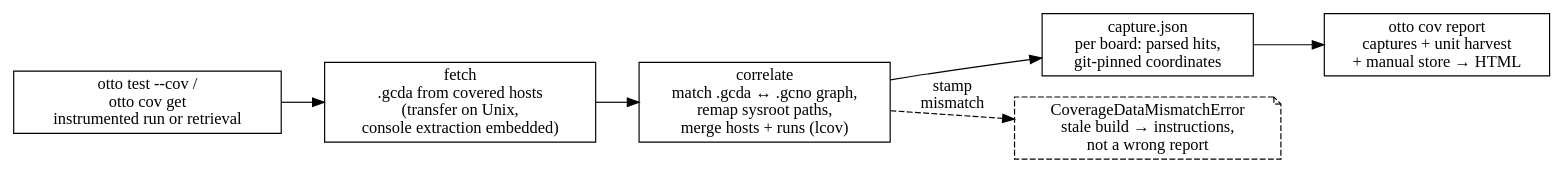
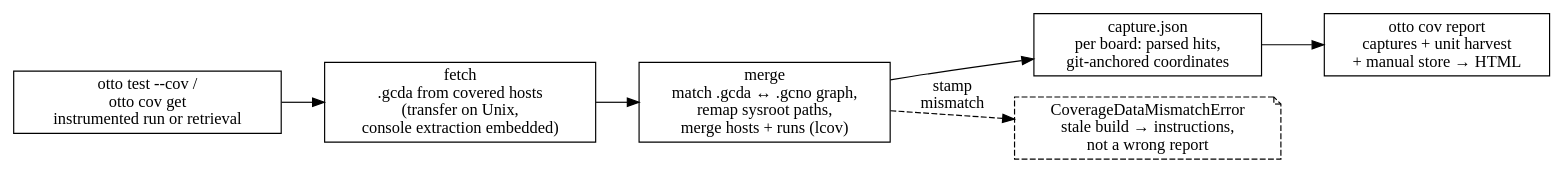
Before and after one commit to ludachrish3/otto-sh: the diagram in docs/architecture/lifecycles/cov.md, drawn with Graphviz. The commit also changed other lines of this file and 353 other files, not shown here.

````diff
--- a/docs/architecture/lifecycles/cov.md
+++ b/docs/architecture/lifecycles/cov.md
@@ -20,16 +20,16 @@
 ```{graphviz}
 digraph coverage {
     rankdir=LR;
     node [shape=box];
 
     test [label="otto test --cov /\notto cov get\ninstrumented run or retrieval"];
     fetch [label="fetch\n.gcda from covered hosts\n(transfer on Unix,\nconsole extraction embedded)"];
-    correlate [label="correlate\nmatch .gcda ↔ .gcno graph,\nremap sysroot paths,\nmerge hosts + runs (lcov)"];
-    capture [label="capture.json\nper board: parsed hits,\ngit-pinned coordinates"];
+    merge [label="merge\nmatch .gcda ↔ .gcno graph,\nremap sysroot paths,\nmerge hosts + runs (lcov)"];
+    capture [label="capture.json\nper board: parsed hits,\ngit-anchored coordinates"];
     render [label="otto cov report\ncaptures + unit harvest\n+ manual store → HTML"];
     err [label="CoverageDataMismatchError\nstale build → instructions,\nnot a wrong report", shape=note, style=dashed];
 
-    test -> fetch -> correlate -> capture -> render;
-    correlate -> err [style=dashed, label=" stamp\nmismatch"];
+    test -> fetch -> merge -> capture -> render;
+    merge -> err [style=dashed, label=" stamp\nmismatch"];
 }
 ```
````
